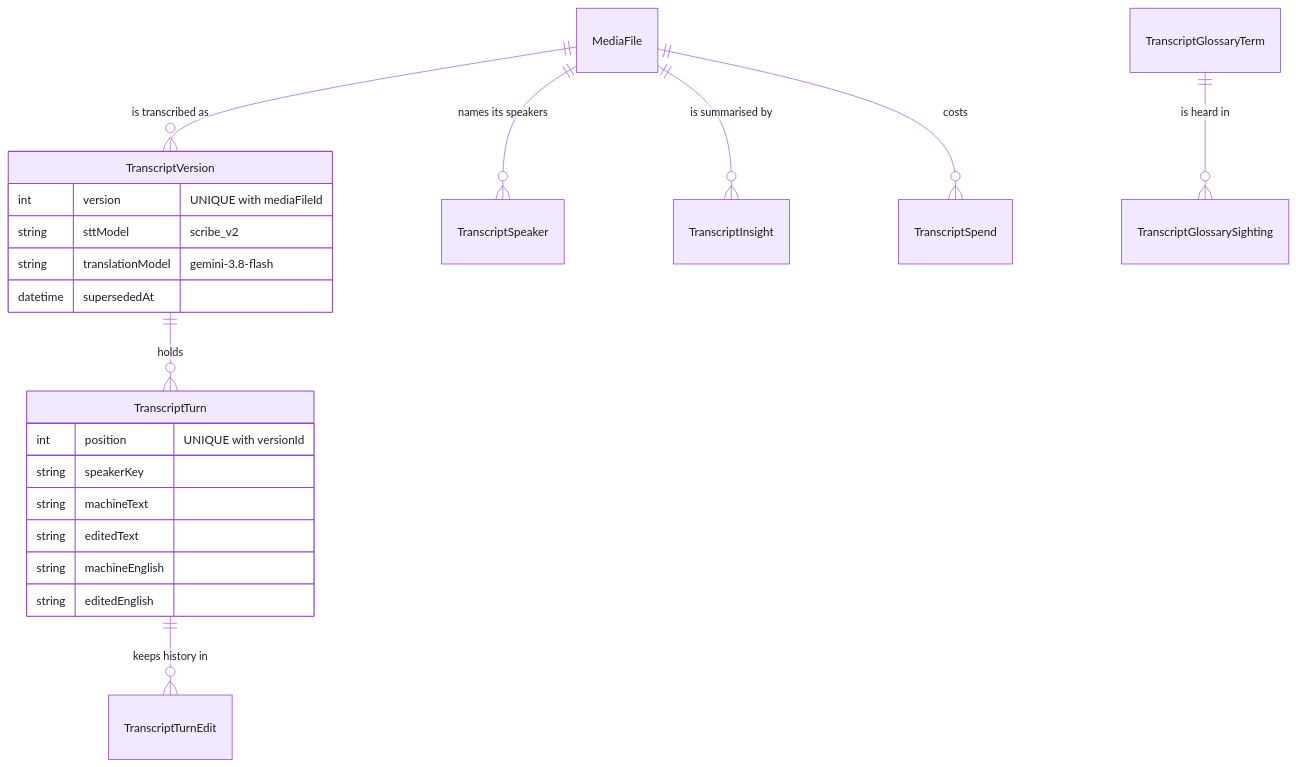
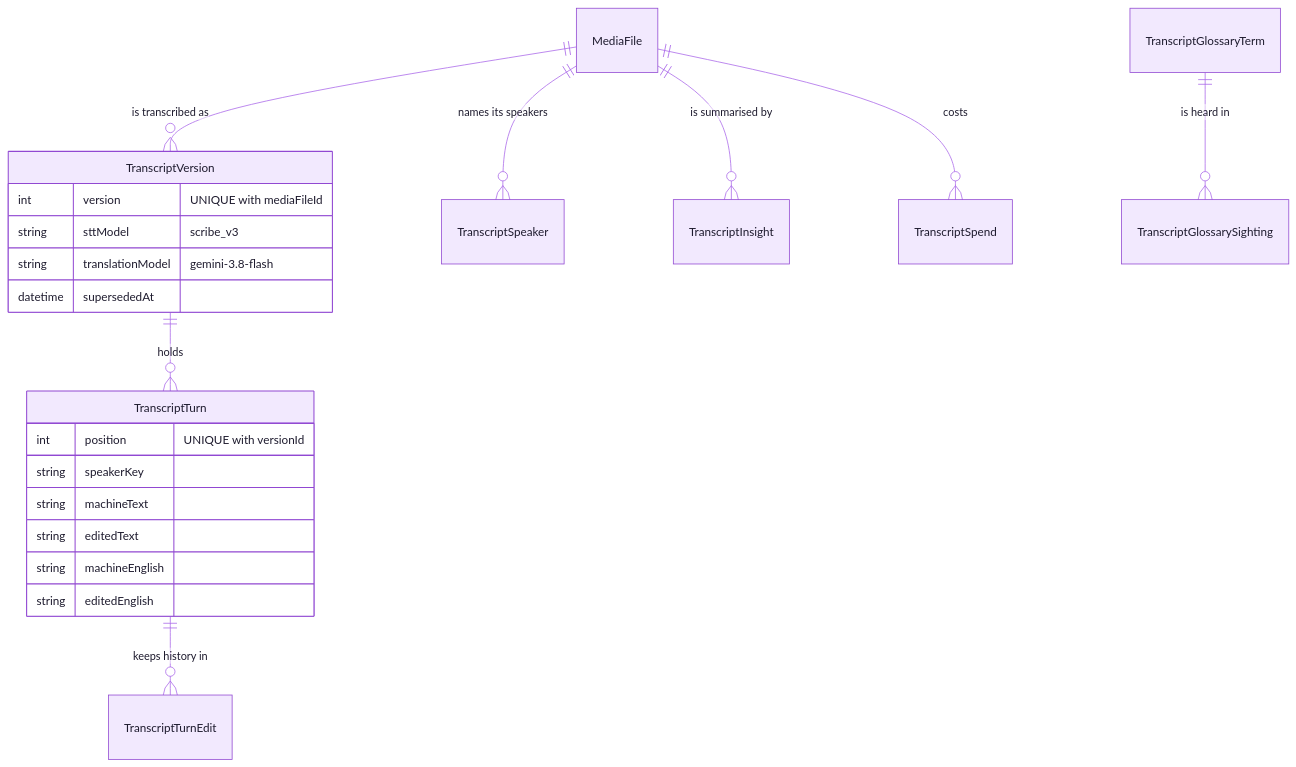
The fourth of 6 diagrams in docs/DATA_MODEL.md (cxacraftecosystem-ui/designer-portal), drawn with Mermaid before and after one commit. The commit also changed 54 other files, not shown here.

````diff
--- a/docs/DATA_MODEL.md
+++ b/docs/DATA_MODEL.md
@@ -422,26 +422,26 @@
 ```mermaid
 %%{init: {"theme":"base","fontFamily":"Inter, ui-sans-serif, system-ui, -apple-system, Segoe UI, Roboto, Helvetica, Arial, sans-serif","themeVariables":{"fontSize":"15px","primaryColor":"#F2E9FE","primaryTextColor":"#1E1B2E","primaryBorderColor":"#9148D2","lineColor":"#AA69E9","textColor":"#857F9E","attributeBackgroundColorOdd":"#FFFFFF","attributeBackgroundColorEven":"#F9F5FF","relationColor":"#AA69E9","relationLabelBackground":"#F9F5FF","relationLabelColor":"#1E1B2E"}}}%%
 erDiagram
   MediaFile ||--o{ TranscriptVersion : "is transcribed as"
   TranscriptVersion ||--o{ TranscriptTurn : "holds"
   TranscriptTurn ||--o{ TranscriptTurnEdit : "keeps history in"
   MediaFile ||--o{ TranscriptSpeaker : "names its speakers"
   MediaFile ||--o{ TranscriptInsight : "is summarised by"
   MediaFile ||--o{ TranscriptSpend : "costs"
   TranscriptGlossaryTerm ||--o{ TranscriptGlossarySighting : "is heard in"
 
   TranscriptVersion {
     int version "UNIQUE with mediaFileId"
-    string sttModel "scribe_v2"
+    string sttModel "scribe_v3"
     string translationModel "gemini-3.8-flash"
     datetime supersededAt
   }
   TranscriptTurn {
     int position "UNIQUE with versionId"
     string speakerKey
     string machineText
     string editedText
     string machineEnglish
     string editedEnglish
   }
 ```
````
